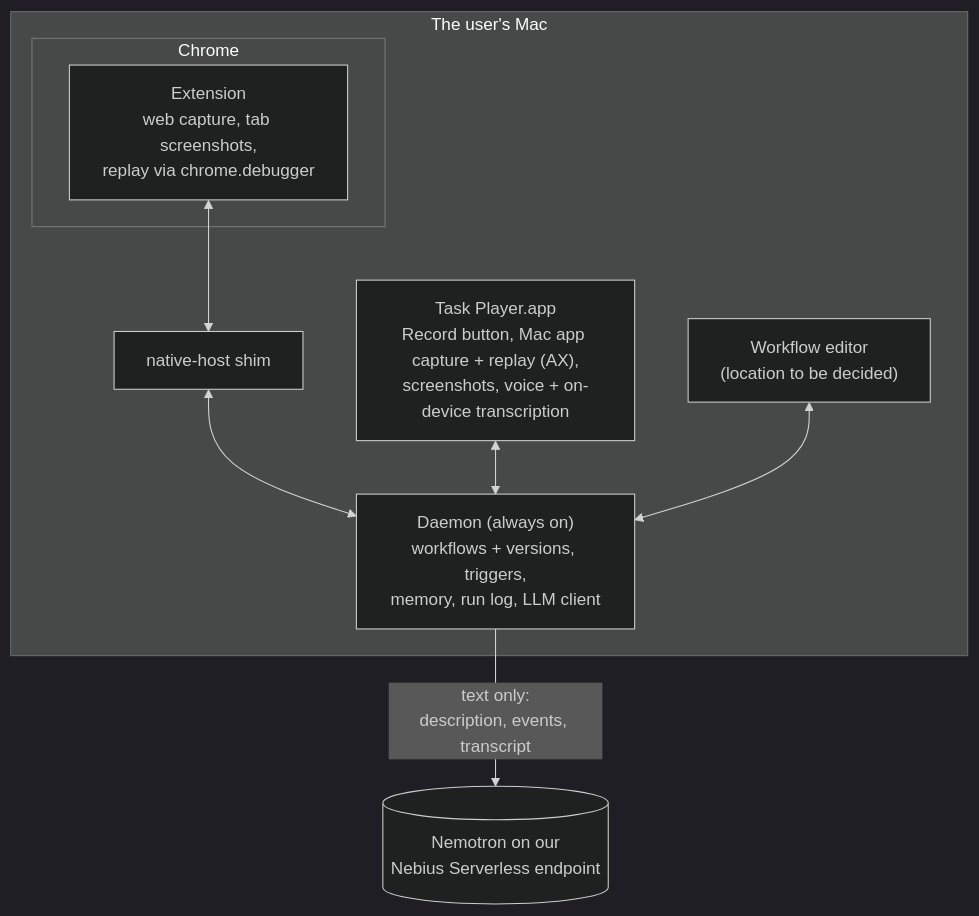
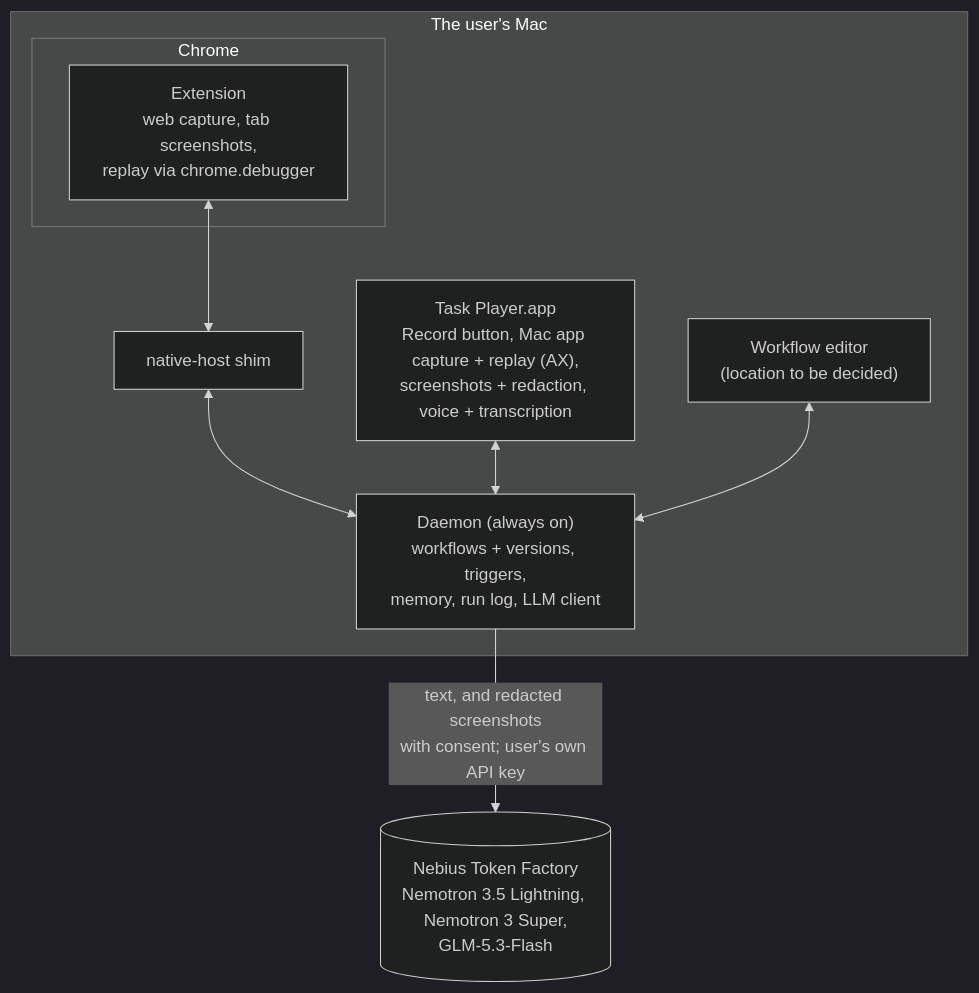
The second of 2 diagrams in docs/design.md (Akshat-Soni02/nxn-global-ai-hackathon-personal-agent), drawn with Mermaid (dark theme) before and after one commit. The commit also changed other lines of this file and 2 other files, not shown here.

Commit message:
feat: add self configurable api key

````diff
--- a/docs/design.md
+++ b/docs/design.md
@@ -135,17 +134,17 @@
 ```mermaid
 flowchart TB
   subgraph mac["The user's Mac"]
     D["Daemon (always on)<br/>workflows + versions, triggers,<br/>memory, run log, LLM client"]
-    A["Task Player.app<br/>Record button, Mac app capture + replay (AX),<br/>screenshots, voice + on-device transcription"]
+    A["Task Player.app<br/>Record button, Mac app capture + replay (AX),<br/>screenshots + redaction, voice + transcription"]
     W["Workflow editor<br/>(location to be decided)"]
     subgraph chrome["Chrome"]
       X["Extension<br/>web capture, tab screenshots,<br/>replay via chrome.debugger"]
     end
     S["native-host shim"]
   end
-  N[("Nemotron on our<br/>Nebius Serverless endpoint")]
+  N[("Nebius Token Factory<br/>Nemotron 3.5 Lightning, Nemotron 3 Super,<br/>GLM-5.3-Flash")]
   X <--> S <--> D
   A <--> D
   W <--> D
-  D -- "text only:<br/>description, events, transcript" --> N
+  D -- "text, and redacted screenshots<br/>with consent; user's own API key" --> N
 ```
````
